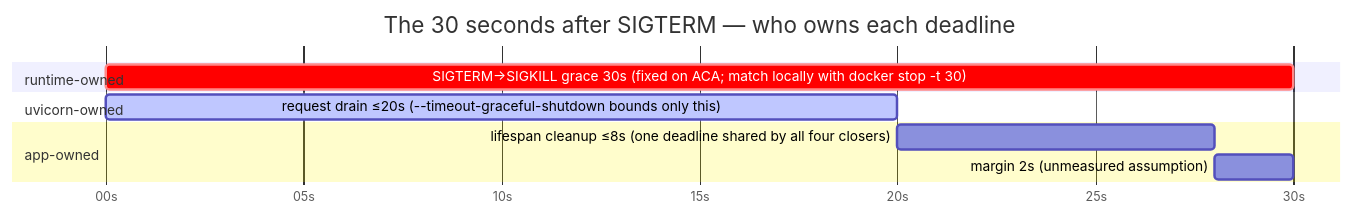
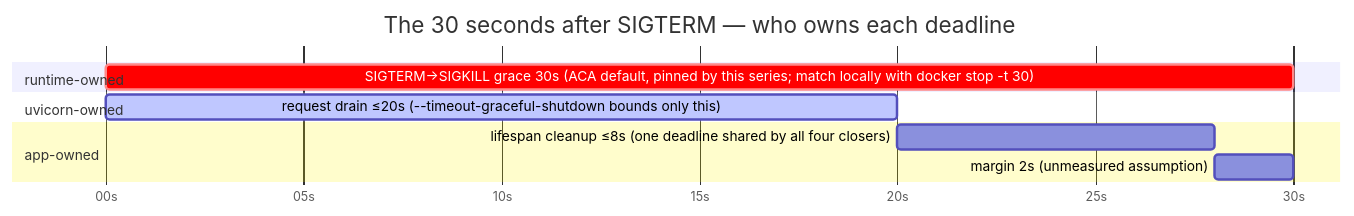
The diagram in docs/diagrams/container-shutdown-timeline.md (kehao-playground/azure-genai-backend-lab), drawn with Mermaid before and after one commit. The commit also changed other lines of this file and 5 other files, not shown here.

First line of the commit message:
docs: ACA 30s grace is the default, not a fixed ceiling (Day 23 article review R1)

````diff
--- a/docs/diagrams/container-shutdown-timeline.md
+++ b/docs/diagrams/container-shutdown-timeline.md
@@ -18,13 +19,13 @@
 ```mermaid
 gantt
     title The 30 seconds after SIGTERM — who owns each deadline
     dateFormat X
     axisFormat %Ss
     section runtime-owned
-    SIGTERM→SIGKILL grace 30s (fixed on ACA; match locally with docker stop -t 30) :crit, grace, 0, 30s
+    SIGTERM→SIGKILL grace 30s (ACA default, pinned by this series; match locally with docker stop -t 30) :crit, grace, 0, 30s
     section uvicorn-owned
     request drain ≤20s (--timeout-graceful-shutdown bounds only this) :active, drain, 0, 20s
     section app-owned
     lifespan cleanup ≤8s (one deadline shared by all four closers) :cleanup, after drain, 8s
     margin 2s (unmeasured assumption) :margin, after cleanup, 2s
 ```
````
